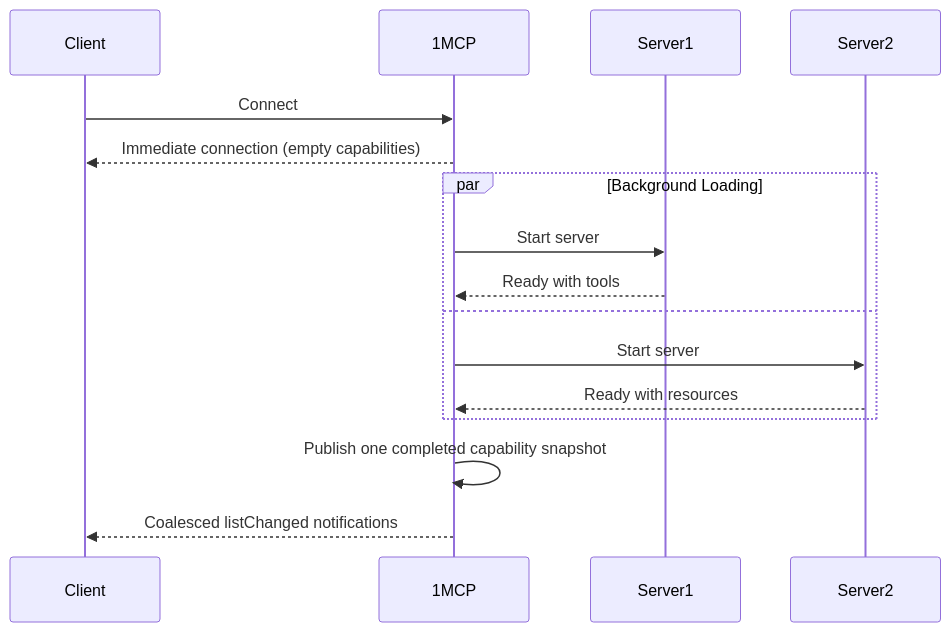
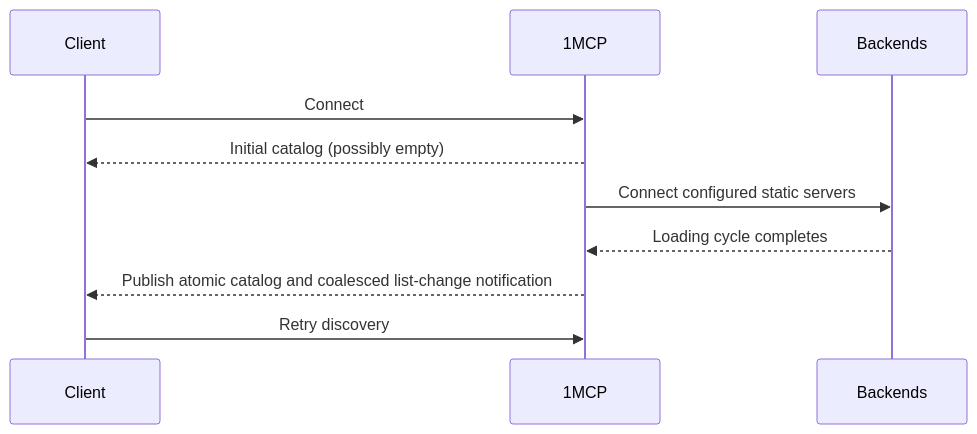
One commit to 1mcp-app/agent changed the diagram in docs/en/guide/advanced/fast-startup.md. Above: the diagram before and after it, drawn with Mermaid. The commit also changed other lines of this file and 37 other files, not shown here.

````diff
--- a/docs/en/guide/advanced/fast-startup.md
+++ b/docs/en/guide/advanced/fast-startup.md
@@ -120,20 +33,13 @@
 ```mermaid
 sequenceDiagram
     participant Client
     participant 1MCP
-    participant Server1
-    participant Server2
+    participant Backends
 
     Client->>1MCP: Connect
-    1MCP-->>Client: Immediate connection (empty capabilities)
-
-    par Background Loading
-        1MCP->>Server1: Start server
-        Server1-->>1MCP: Ready with tools
-    and
-        1MCP->>Server2: Start server
-        Server2-->>1MCP: Ready with resources
-    end
-    1MCP->>1MCP: Publish one completed capability snapshot
-    1MCP-->>Client: Coalesced listChanged notifications
+    1MCP-->>Client: Initial catalog (possibly empty)
+    1MCP->>Backends: Connect configured static servers
+    Backends-->>1MCP: Loading cycle completes
+    1MCP-->>Client: Publish atomic catalog and coalesced list-change notification
+    Client->>1MCP: Retry discovery
 ```
````
